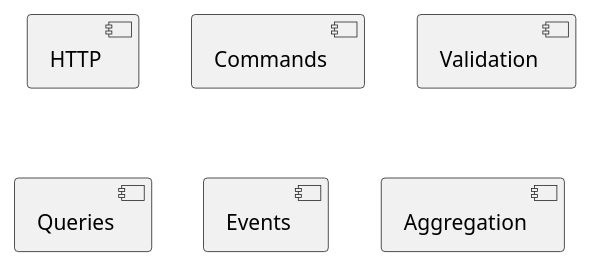
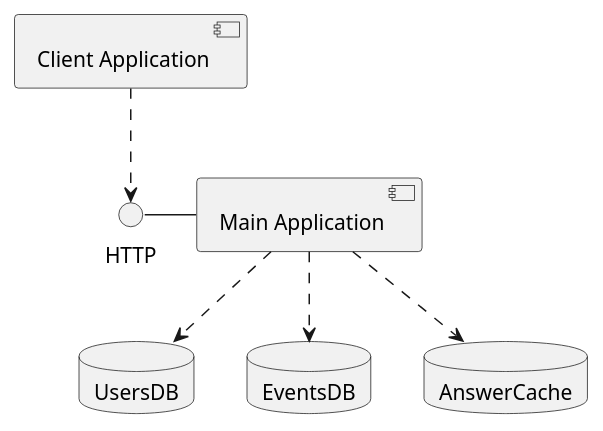
The first of 2 diagrams in design/architecture.rst (gnidan/foodtastechess-docs), drawn with PlantUML before and after one commit. The commit also changed other lines of this file, not shown here.

Commit message:
Initial stab at architecture docs

```diff
--- a/design/architecture.rst
+++ b/design/architecture.rst
@@ -4,7 +74,9 @@
 .. uml::
-    [HTTP]
-    [Commands]
-    [Validation]
-    [Queries]
-    [Events]
-    [Aggregation]
+    [Client Application] ..> HTTP
+    HTTP - [Main Application]
+    database UsersDB
+    database EventsDB
+    database AnswerCache
+    [Main Application] ..> UsersDB
+    [Main Application] ..> EventsDB
+    [Main Application] ..> AnswerCache
```
